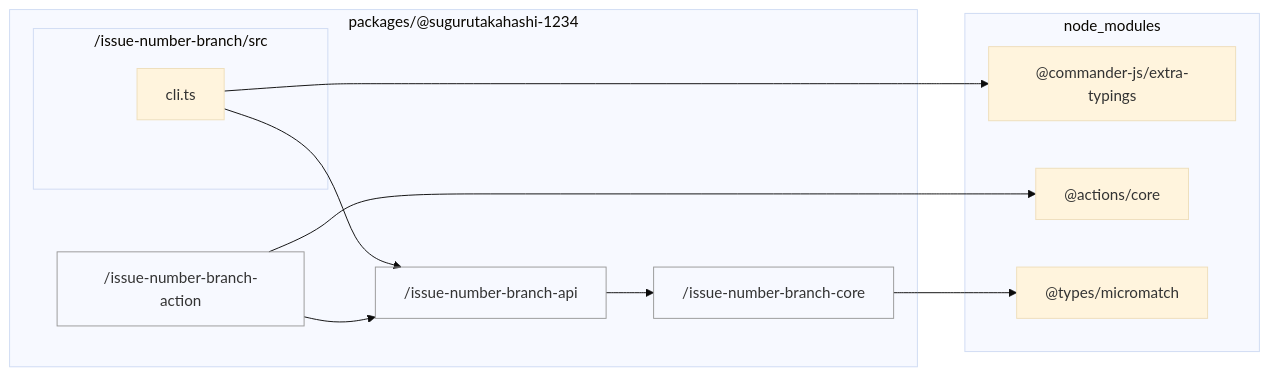
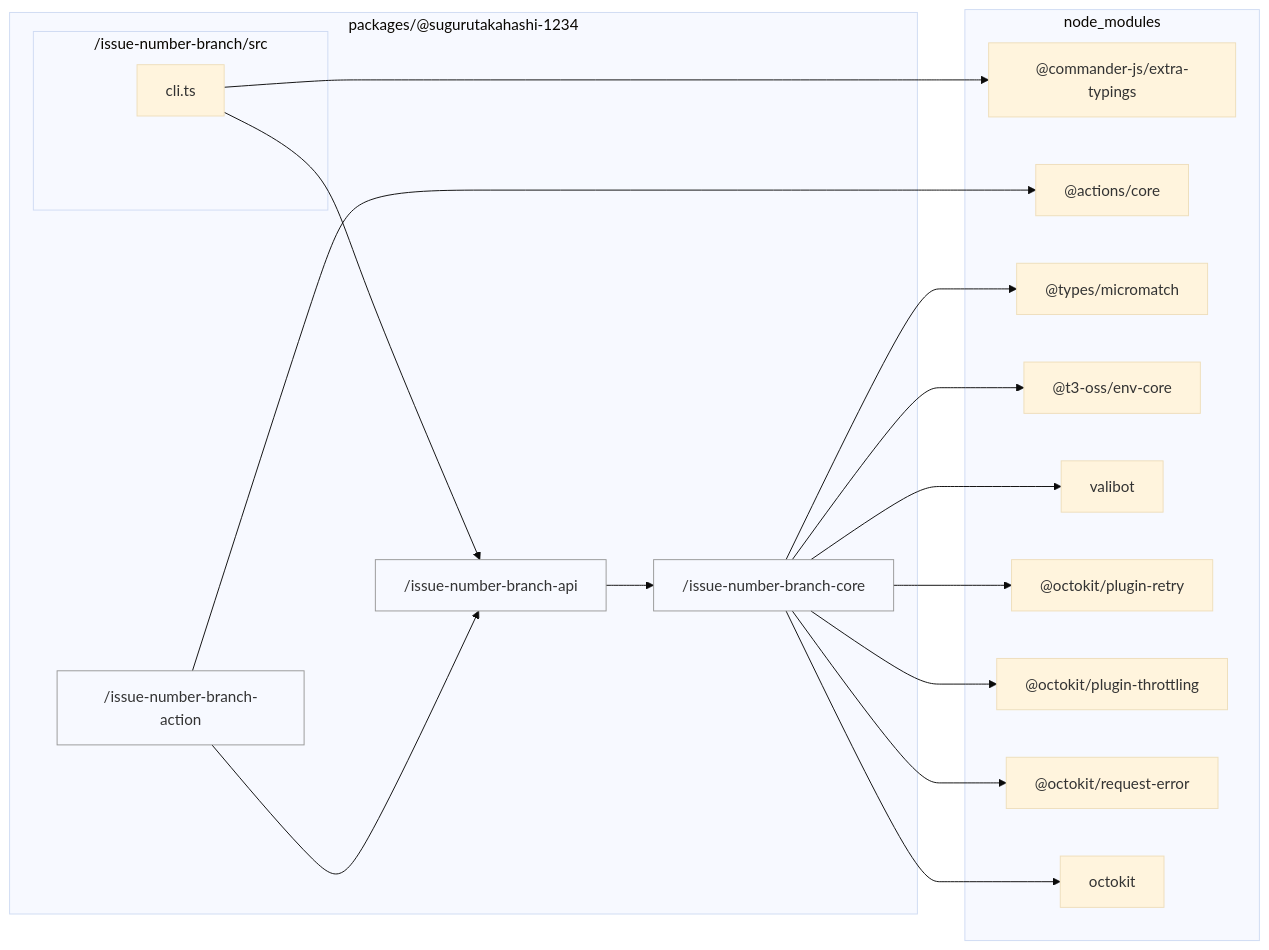
One commit to sugurutakahashi-1234/issue-linker changed the diagram in docs/reports/dependencies/cli.md. Above: the diagram before and after it, drawn with Mermaid (base theme). The commit also changed 32 other files, not shown here.

First line of the commit message:
feat: refactor issue-number-branch packages [deps-change]

````diff
--- a/docs/reports/dependencies/cli.md
+++ b/docs/reports/dependencies/cli.md
@@ -7,23 +7,35 @@
 ```mermaid
 flowchart LR
     classDef dir fill:#0000,stroke:#999
     subgraph packages///sugurutakahashi//1234["packages/@sugurutakahashi-1234"]
         packages///sugurutakahashi//1234/issue//number//branch//core["/issue-number-branch-core"]:::dir
         packages///sugurutakahashi//1234/issue//number//branch//api["/issue-number-branch-api"]:::dir
         packages///sugurutakahashi//1234/issue//number//branch//action["/issue-number-branch-action"]:::dir
         subgraph packages///sugurutakahashi//1234/issue//number//branch/src["/issue-number-branch/src"]
             packages///sugurutakahashi//1234/issue//number//branch/src/cli.ts["cli.ts"]
         end
     end
     subgraph node//modules["node_modules"]
         node//modules///commander//js/extra//typings/index.d.ts["@commander-js/extra-typings"]
         node//modules///actions/core/lib/core.d.ts["@actions/core"]
         node//modules///types/micromatch/index.d.ts["@types/micromatch"]
+        node//modules///t3//oss/env//core/dist/index.d.ts["@t3-oss/env-core"]
+        node//modules/valibot/dist/index.d.cts["valibot"]
+        node//modules///octokit/plugin//retry/dist//types/index.d.ts["@octokit/plugin-retry"]
+        node//modules///octokit/plugin//throttling/dist//types/index.d.ts["@octokit/plugin-throttling"]
+        node//modules///octokit/request//error/dist//types/index.d.ts["@octokit/request-error"]
+        node//modules/octokit/dist//types/index.d.ts["octokit"]
     end
     packages///sugurutakahashi//1234/issue//number//branch//api-->packages///sugurutakahashi//1234/issue//number//branch//core
     packages///sugurutakahashi//1234/issue//number//branch/src/cli.ts-->node//modules///commander//js/extra//typings/index.d.ts
     packages///sugurutakahashi//1234/issue//number//branch/src/cli.ts-->packages///sugurutakahashi//1234/issue//number//branch//api
     packages///sugurutakahashi//1234/issue//number//branch//action-->node//modules///actions/core/lib/core.d.ts
     packages///sugurutakahashi//1234/issue//number//branch//action-->packages///sugurutakahashi//1234/issue//number//branch//api
     packages///sugurutakahashi//1234/issue//number//branch//core-->node//modules///types/micromatch/index.d.ts
+    packages///sugurutakahashi//1234/issue//number//branch//core-->node//modules///t3//oss/env//core/dist/index.d.ts
+    packages///sugurutakahashi//1234/issue//number//branch//core-->node//modules/valibot/dist/index.d.cts
+    packages///sugurutakahashi//1234/issue//number//branch//core-->node//modules///octokit/plugin//retry/dist//types/index.d.ts
+    packages///sugurutakahashi//1234/issue//number//branch//core-->node//modules///octokit/plugin//throttling/dist//types/index.d.ts
+    packages///sugurutakahashi//1234/issue//number//branch//core-->node//modules///octokit/request//error/dist//types/index.d.ts
+    packages///sugurutakahashi//1234/issue//number//branch//core-->node//modules/octokit/dist//types/index.d.ts
 ```
````
